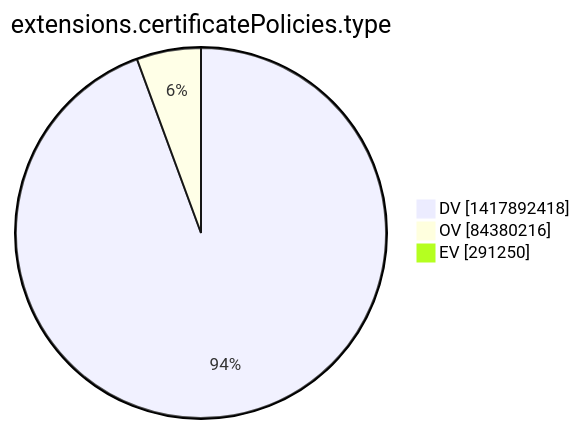
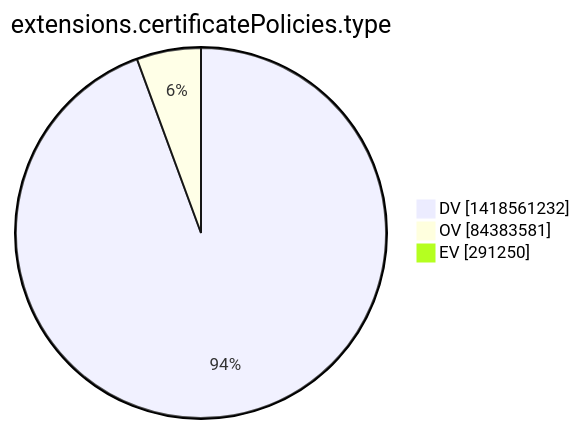
One commit to christiankrug/ctmonitor_visualization changed the tenth of 15 diagrams in argon2022/README.md. Above: the diagram before and after it, drawn with Mermaid. The commit also changed other lines of this file, not shown here.

````diff
--- a/argon2022/README.md
+++ b/argon2022/README.md
@@ -2773,7 +2773,7 @@
 ```mermaid
 pie showData
 title extensions.certificatePolicies.type
-"DV" :1417892418
-"OV" :84380216
+"DV" :1418561232
+"OV" :84383581
 "EV" :291250
 ```
````
